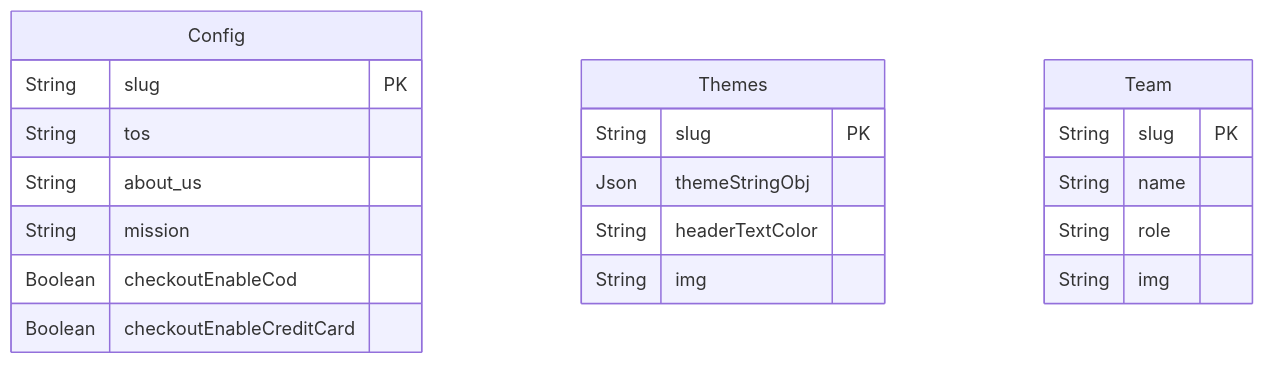
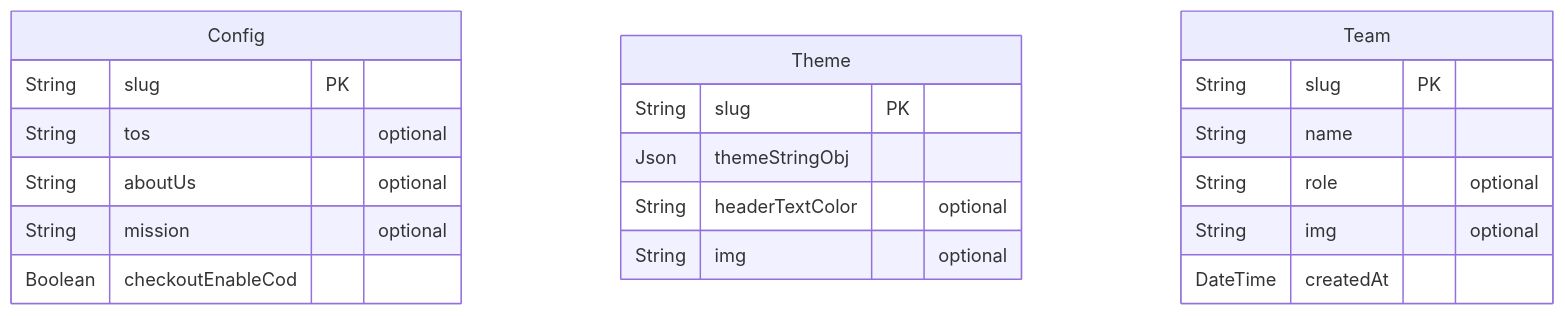
Before and after one commit to aymanbazyan/storeflow-docs: the fourth of 5 diagrams in docs/01-Overview/02-Tech-Stack-Concepts.md, drawn with Mermaid. The commit also changed other lines of this file and 4 other files, not shown here.

````diff
--- a/docs/01-Overview/02-Tech-Stack-Concepts.md
+++ b/docs/01-Overview/02-Tech-Stack-Concepts.md
@@ -209,25 +220,25 @@
 ```mermaid
 erDiagram
     Config {
         String slug PK
-        String tos
-        String about_us
-        String mission
+        String tos "optional"
+        String aboutUs "optional"
+        String mission "optional"
         Boolean checkoutEnableCod
-        Boolean checkoutEnableCreditCard
     }
 
-    Themes {
+    Theme {
         String slug PK
         Json themeStringObj
-        String headerTextColor
-        String img
+        String headerTextColor "optional"
+        String img "optional"
     }
 
     Team {
         String slug PK
         String name
-        String role
-        String img
+        String role "optional"
+        String img "optional"
+        DateTime createdAt
     }
 ```
````
